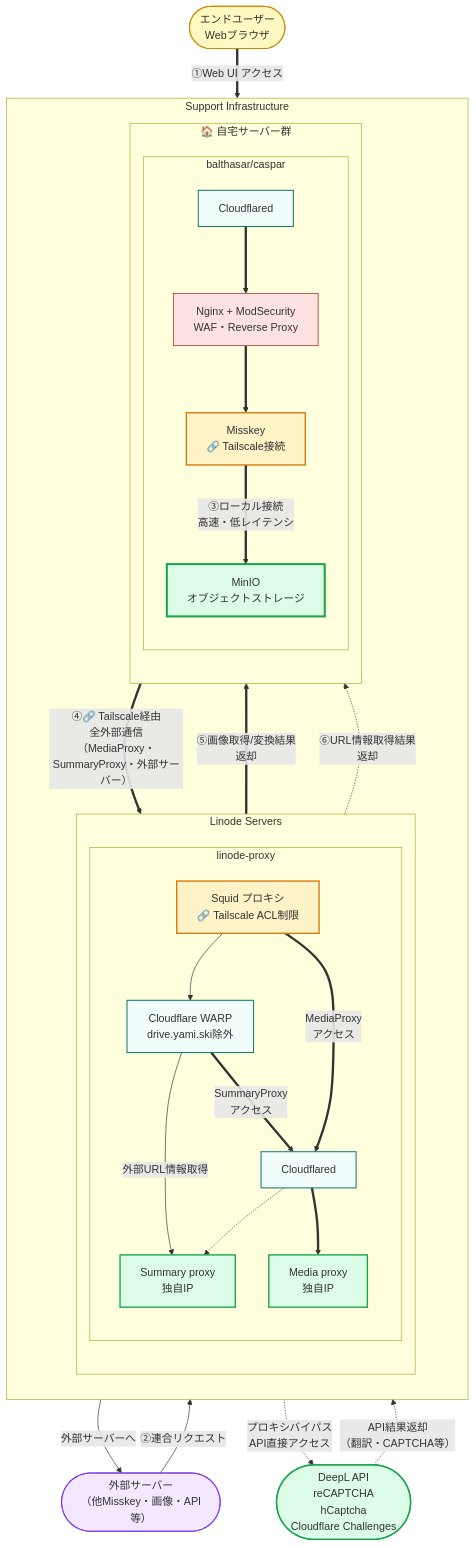
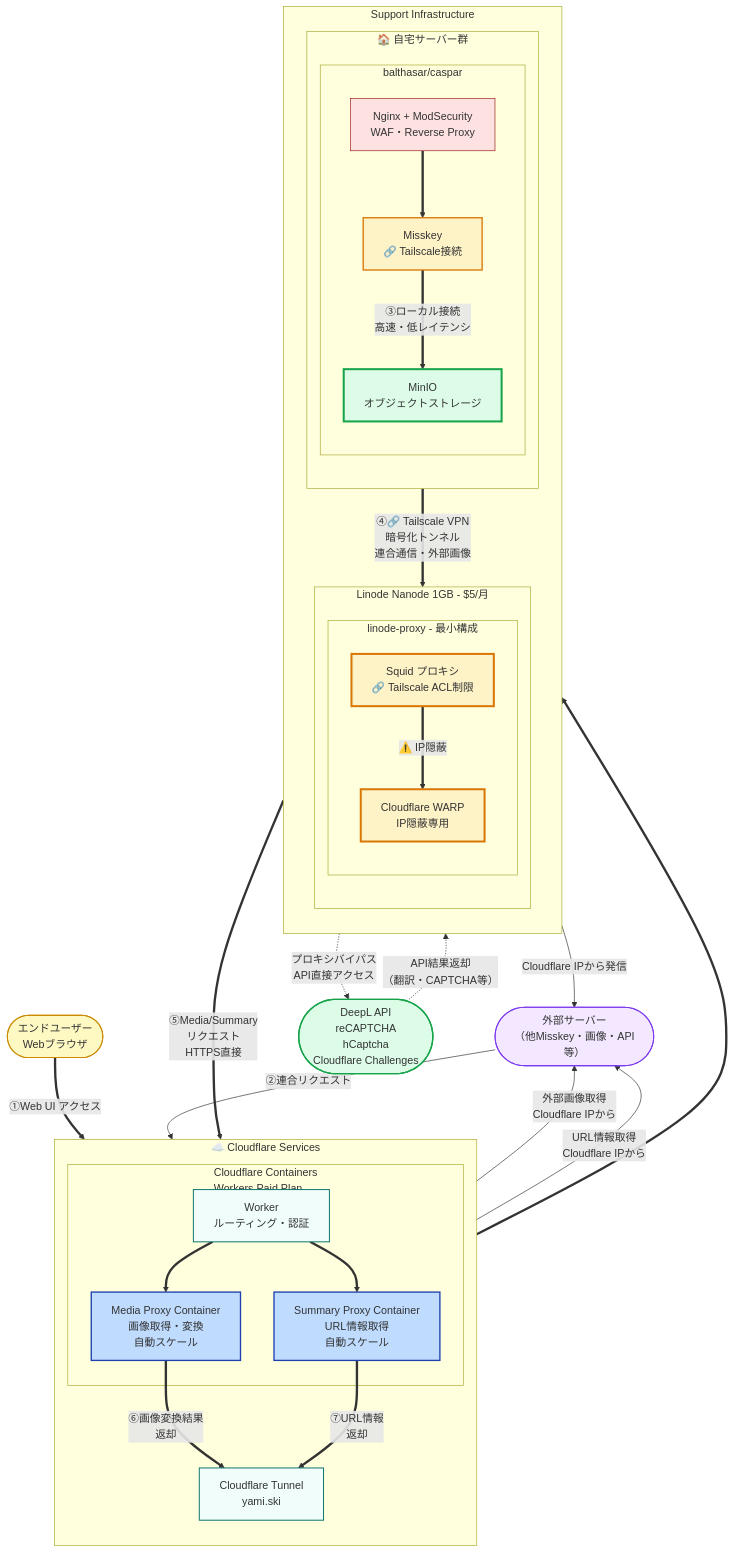
Before and after one commit to yamisskey-dev/hosted-list: the sixth of 6 diagrams in README.md, drawn with Mermaid.

```diff
--- a/README.md
+++ b/README.md
@@ -433,23 +433,33 @@
 classDef direct fill:#dcfce7,stroke:#16a34a,stroke-width:2px
 classDef tailscale fill:#fef3c7,stroke:#d97706,stroke-width:2px
 classDef local fill:#dcfce7,stroke:#16a34a,stroke-width:3px
+classDef containers fill:#bfdbfe,stroke:#1e40af,stroke-width:2px
+classDef vps fill:#fef3c7,stroke:#d97706,stroke-width:3px
 
 %% External actors
 enduser([エンドユーザー<br/>Webブラウザ]):::user
 external_servers([外部サーバー<br/>（他Misskey・画像・API等）]):::federation
 bypass_services([DeepL API<br/>reCAPTCHA<br/>hCaptcha<br/>Cloudflare Challenges]):::direct
 
+subgraph cloudflare_services[☁️ Cloudflare Services]
+    direction TB
+    cloudflared_tunnel[Cloudflare Tunnel<br/>yami.ski]:::cloudflare
+    
+    subgraph containers[Cloudflare Containers<br/>Workers Paid Plan]
+        worker[Worker<br/>ルーティング・認証]:::cloudflare
+        mediaproxy_container[Media Proxy Container<br/>画像取得・変換<br/>自動スケール]:::containers
+        summaryproxy_container[Summary Proxy Container<br/>URL情報取得<br/>自動スケール]:::containers
+    end
+end
+
 subgraph support[Support Infrastructure]
     direction TB
     
-    subgraph linode[Linode Servers]
+    subgraph linode[Linode Nanode 1GB - $5/月]
         direction TB
-        subgraph proxy[linode-proxy]
-            summaryproxy[Summary proxy<br/>独自IP]:::direct
-            mediaproxy[Media proxy<br/>独自IP]:::direct
-            squid[Squid プロキシ<br/>🔗 Tailscale ACL制限]:::tailscale
-            warp[Cloudflare WARP<br/>drive.yami.ski除外]:::cloudflare
-            cloudflared_p[Cloudflared]:::cloudflare
+        subgraph proxy[linode-proxy - 最小構成]
+            squid[Squid プロキシ<br/>🔗 Tailscale ACL制限]:::vps
+            warp[Cloudflare WARP<br/>IP隠蔽専用]:::vps
         end
     end
     
@@ -459,39 +469,38 @@
             nginx_misskey[Nginx + ModSecurity<br/>WAF・Reverse Proxy]:::security
             yamisskey[Misskey<br/>🔗 Tailscale接続]:::tailscale
             minio_local[MinIO<br/>オブジェクトストレージ]:::local
-            cloudflared_bc[Cloudflared]:::cloudflare
         end
     end
 end
 
 %% エンドユーザーのアクセス経路（太線）
-enduser ==>|"①Web UI アクセス"| cloudflared_bc
-cloudflared_bc ==> nginx_misskey
+enduser ==>|"①Web UI アクセス"| cloudflared_tunnel
+cloudflared_tunnel ==> nginx_misskey
 nginx_misskey ==> yamisskey
 
 %% 外部サーバーからの連合リクエスト（通常線）
-external_servers -->|"②連合リクエスト"| cloudflared_bc
+external_servers -->|"②連合リクエスト"| cloudflared_tunnel
 
 %% Misskeyからのローカル接続（太線・緑色）
 yamisskey ==>|"③ローカル接続<br/>高速・低レイテンシ"| minio_local
 
-%% Misskeyサーバーからの全外部通信はSquid経由
-yamisskey ==>|"④🔗 Tailscale経由<br/>全外部通信<br/>（MediaProxy・SummaryProxy・外部サーバー）"| squid
-squid --> warp
+%% Misskeyからの全外部通信（連合）はSquid + WARP経由
+yamisskey ==>|"④🔗 Tailscale VPN<br/>暗号化トンネル<br/>連合通信・外部画像"| squid
+squid ==>|"⚠️ IP隠蔽"| warp
+warp -->|"Cloudflare IPから発信"| external_servers
 
-%% WARPからの分岐
-warp -->|"外部サーバーへ"| external_servers
-warp ==>|"SummaryProxy<br/>アクセス"| cloudflared_p
-warp -->|"外部URL情報取得"| summaryproxy
-cloudflared_p ==> mediaproxy
-cloudflared_p -.-> summaryproxy
-squid ==>|"MediaProxy<br/>アクセス"| cloudflared_p
+%% Media/Summary ProxyへのアクセスはContainersへ直接
+yamisskey ==>|"⑤Media/Summary<br/>リクエスト<br/>HTTPS直接"| worker
+worker ==> mediaproxy_container
+worker ==> summaryproxy_container
 
-%% MediaProxyからMisskeyへ画像処理結果を返却
-mediaproxy ==>|"⑤画像取得/変換結果<br/>返却"| cloudflared_bc
+%% Containersが外部から画像・情報を取得
+mediaproxy_container -->|"外部画像取得<br/>Cloudflare IPから"| external_servers
+summaryproxy_container -->|"URL情報取得<br/>Cloudflare IPから"| external_servers
 
-%% SummaryProxyからの返却
-summaryproxy -.->|"⑥URL情報取得結果<br/>返却"| cloudflared_bc
+%% Containersからの結果返却
+mediaproxy_container ==>|"⑥画像変換結果<br/>返却"| cloudflared_tunnel
+summaryproxy_container ==>|"⑦URL情報<br/>返却"| cloudflared_tunnel
 
 %% プロキシバイパス対象（特定APIサービス）
 yamisskey -.->|"プロキシバイパス<br/>API直接アクセス"| bypass_services
```
